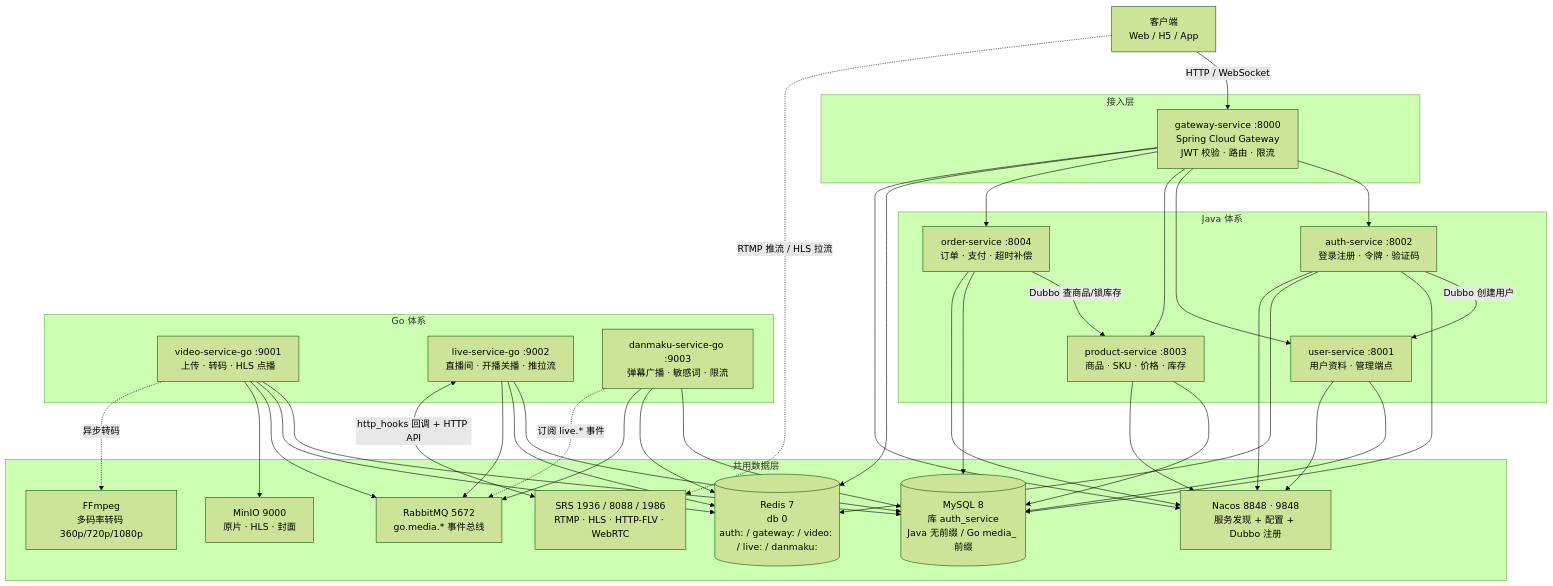
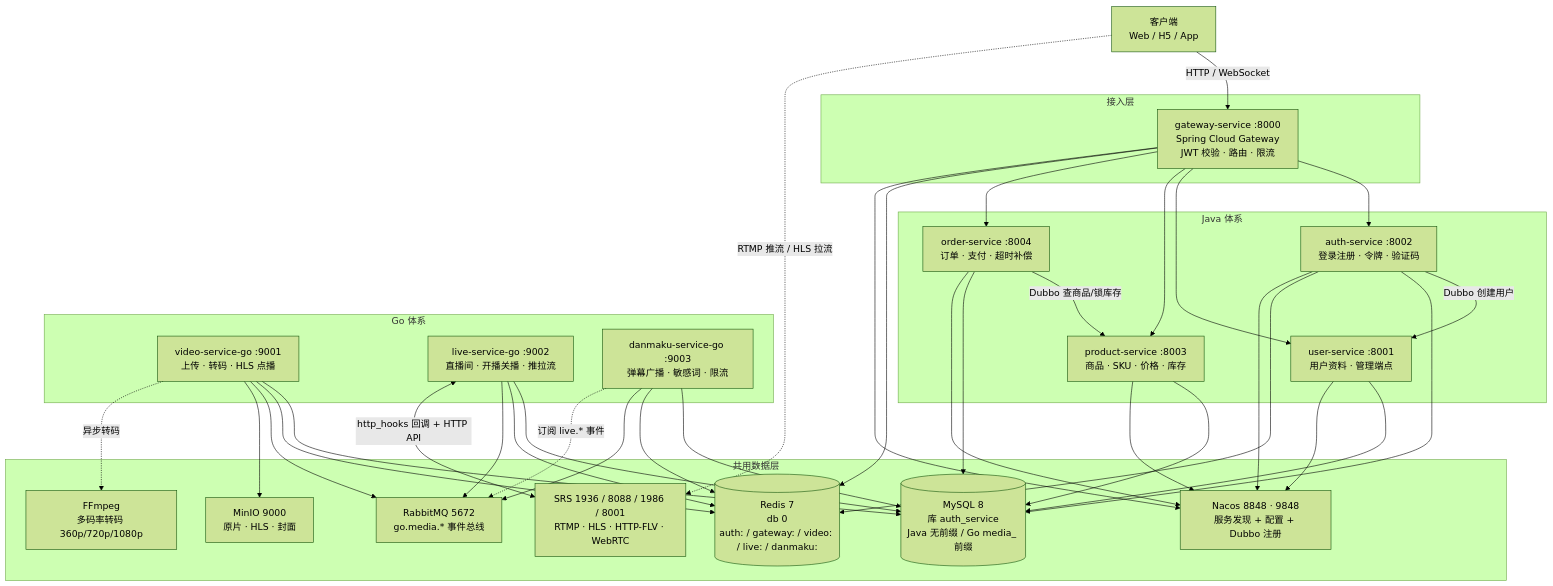
Before and after one commit to YunfeiSHU/media-community: the first of 2 diagrams in README.md, drawn with Mermaid (forest theme). The commit also changed other lines of this file and 8 other files, not shown here.

````diff
--- a/README.md
+++ b/README.md
@@ -43,70 +41,69 @@
 ```mermaid
 graph TB
     Client["客户端<br/>Web / H5 / App"]
 
     subgraph Edge["接入层"]
         GW["gateway-service :8000<br/>Spring Cloud Gateway<br/>JWT 校验 · 路由 · 限流"]
     end
 
     subgraph Java["Java 体系"]
         AU["auth-service :8002<br/>登录注册 · 令牌 · 验证码"]
         US["user-service :8001<br/>用户资料 · 管理端点"]
         PR["product-service :8003<br/>商品 · SKU · 价格 · 库存"]
         OR["order-service :8004<br/>订单 · 支付 · 超时补偿"]
     end
 
     subgraph GoSvc["Go 体系"]
         VD["video-service-go :9001<br/>上传 · 转码 · HLS 点播"]
         LV["live-service-go :9002<br/>直播间 · 开播关播 · 推拉流"]
         DM["danmaku-service-go :9003<br/>弹幕广播 · 敏感词 · 限流"]
     end
 
     subgraph Data["共用数据层"]
         MS[("MySQL 8<br/>库 auth_service<br/>Java 无前缀 / Go media_ 前缀")]
         RD[("Redis 7<br/>db 0<br/>auth: / gateway: / video: / live: / danmaku:")]
         NA["Nacos 8848 · 9848<br/>服务发现 + 配置 + Dubbo 注册"]
         MQ["RabbitMQ 5672<br/>go.media.* 事件总线"]
         MI["MinIO 9000<br/>原片 · HLS · 封面"]
-        SR["SRS 1936 / 8088 / 1986<br/>RTMP · HLS · HTTP-FLV · WebRTC"]
+        SR["SRS 1936 / 8088 / 1986 / 8001<br/>RTMP · HLS · HTTP-FLV · WebRTC"]
         FF["FFmpeg<br/>多码率转码 360p/720p/1080p"]
     end
 
     Client -->|"HTTP / WebSocket"| GW
     GW --> AU
     GW --> US
     GW --> PR
     GW --> OR
     Client -.->|"RTMP 推流 / HLS 拉流"| SR
-
     AU -->|"Dubbo 创建用户"| US
     OR -->|"Dubbo 查商品/锁库存"| PR
 
     AU --> MS
     US --> MS
     PR --> MS
     OR --> MS
     VD --> MS
     LV --> MS
     DM --> MS
 
     GW --> RD
     AU --> RD
     VD --> RD
     LV --> RD
     DM --> RD
 
     AU --> NA
     US --> NA
     PR --> NA
     OR --> NA
     GW --> NA
 
     VD --> MQ
     LV --> MQ
     DM --> MQ
     DM -.->|"订阅 live.* 事件"| MQ
 
     VD --> MI
     VD -.->|"异步转码"| FF
     LV <-->|"http_hooks 回调 + HTTP API"| SR
 ```
````
